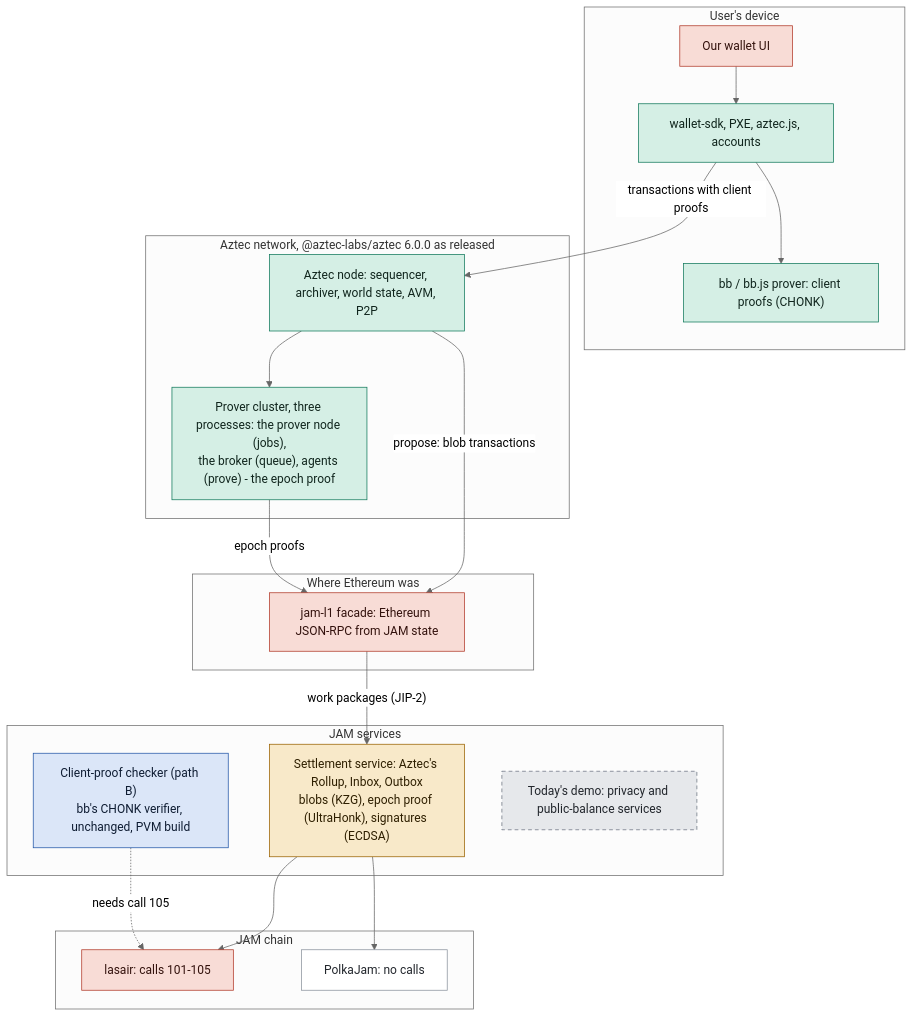
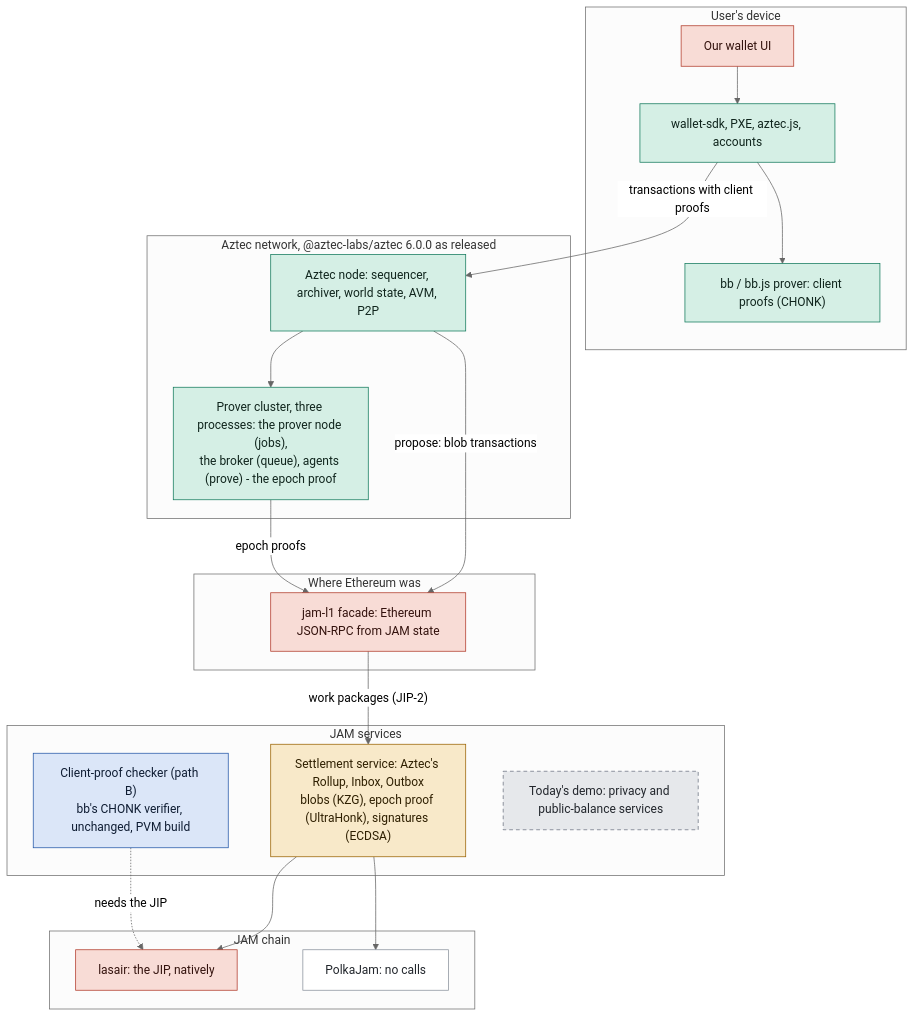
Before and after one commit to abutlabs/aztec-on-jam: the diagram in docs/aztec/STACK.md, drawn with Mermaid (neutral theme). The commit also changed other lines of this file and 3 other files, not shown here.

Commit message:
The pages speak of the JIP, not call numbers; the architecture tiles read as an overview

````diff
--- a/docs/aztec/STACK.md
+++ b/docs/aztec/STACK.md
@@ -8,46 +8,46 @@
 ```mermaid
 flowchart TB
   subgraph device["User's device"]
     wallet["Our wallet UI"]
     sdk["wallet-sdk, PXE, aztec.js, accounts"]
     prover["bb / bb.js prover: client proofs (CHONK)"]
   end
   subgraph aztec["Aztec network, @aztec-labs/aztec 6.0.0 as released"]
     node["Aztec node: sequencer, archiver, world state, AVM, P2P"]
     pnode["Prover cluster, three processes: the prover node (jobs),<br/>the broker (queue), agents (prove) - the epoch proof"]
   end
   subgraph seam["Where Ethereum was"]
     facade["jam-l1 facade: Ethereum JSON-RPC from JAM state"]
   end
   subgraph services["JAM services"]
     settle["Settlement service: Aztec's Rollup, Inbox, Outbox<br/>blobs (KZG), epoch proof (UltraHonk), signatures (ECDSA)"]
     chonk["Client-proof checker (path B)<br/>bb's CHONK verifier, unchanged, PVM build"]
     demo["Today's demo: privacy and public-balance services"]
   end
   subgraph chain["JAM chain"]
-    lasair["lasair: calls 101-105"]
+    lasair["lasair: the JIP, natively"]
     pj["PolkaJam: no calls"]
   end
   wallet --> sdk --> prover
   sdk -- "transactions with client proofs" --> node
   node --> pnode
   node -- "propose: blob transactions" --> facade
   pnode -- "epoch proofs" --> facade
   facade -- "work packages (JIP-2)" --> settle
   settle --> lasair
   settle --> pj
-  chonk -. "needs call 105" .-> lasair
+  chonk -. "needs the JIP" .-> lasair
 
   classDef aztec fill:#d5efe5,stroke:#127a5c,color:#10251d
   classDef build fill:#dbe6f8,stroke:#2357a8,color:#0f1d33
   classDef port fill:#f8e9c9,stroke:#9a6200,color:#2e1f00
   classDef ours fill:#f8dcd6,stroke:#b23a2a,color:#33120d
   classDef demo fill:#e6e8eb,stroke:#6b7380,color:#22262c,stroke-dasharray:5 4
   classDef other fill:#ffffff,stroke:#8a929c,color:#22262c
   class sdk,prover,node,pnode aztec
   class chonk build
   class settle port
   class facade,lasair,wallet ours
   class demo demo
   class pj other
 ```
````
